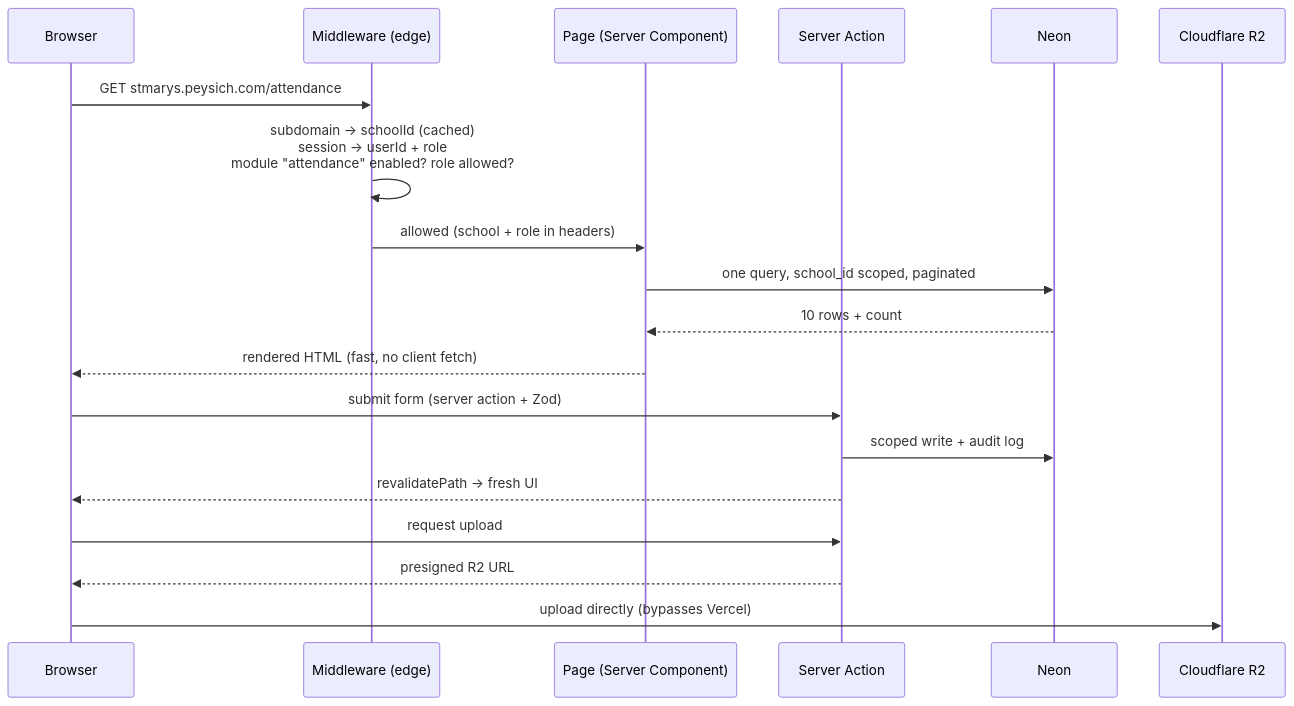
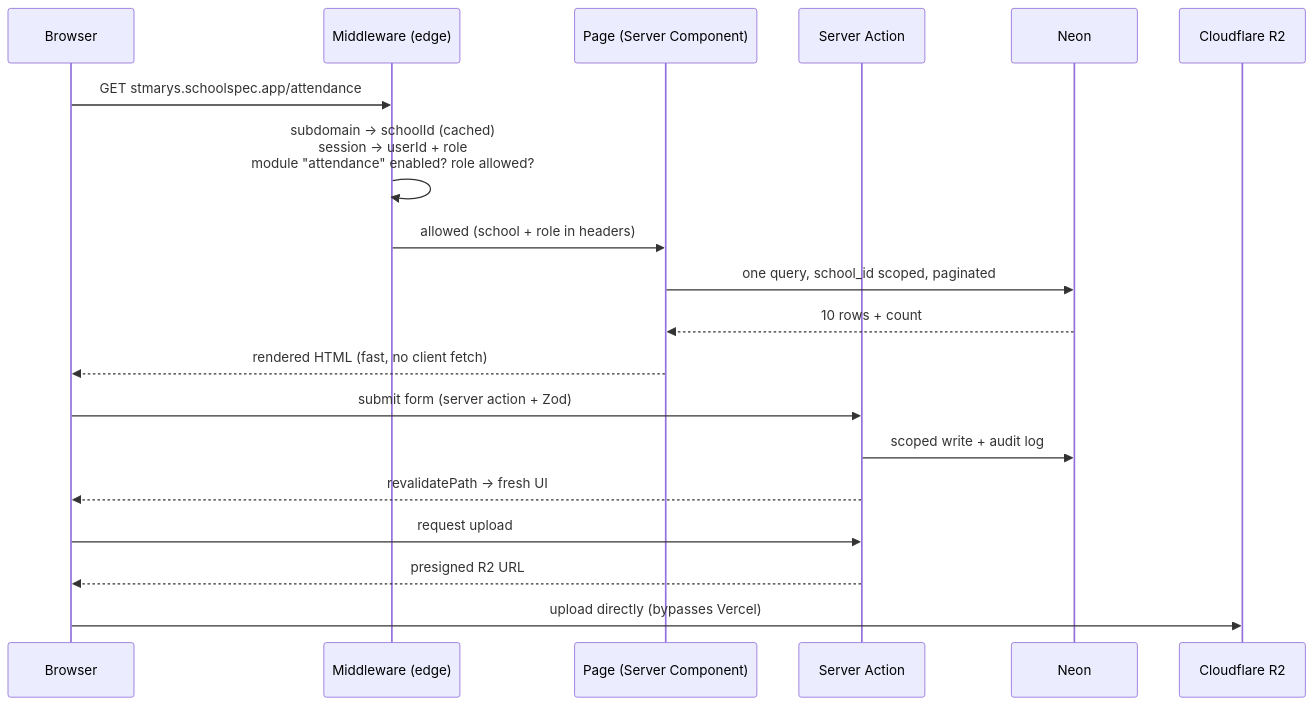
One commit to ElkanHub/Peysich changed the diagram in docs/01-architecture.md. Above: the diagram before and after it, drawn with Mermaid. The commit also changed other lines of this file and 140 other files, not shown here.

````diff
--- a/docs/01-architecture.md
+++ b/docs/01-architecture.md
@@ -25,24 +25,24 @@
 ```mermaid
 sequenceDiagram
     participant B as Browser
     participant MW as Middleware (edge)
     participant P as Page (Server Component)
     participant A as Server Action
     participant DB as Neon
     participant R2 as Cloudflare R2
 
-    B->>MW: GET stmarys.peysich.com/attendance
+    B->>MW: GET stmarys.schoolspec.app/attendance
     MW->>MW: subdomain → schoolId (cached)<br/>session → userId + role<br/>module "attendance" enabled? role allowed?
     MW->>P: allowed (school + role in headers)
     P->>DB: one query, school_id scoped, paginated
     DB-->>P: 10 rows + count
     P-->>B: rendered HTML (fast, no client fetch)
 
     B->>A: submit form (server action + Zod)
     A->>DB: scoped write + audit log
     A-->>B: revalidatePath → fresh UI
 
     B->>A: request upload
     A-->>B: presigned R2 URL
     B->>R2: upload directly (bypasses Vercel)
 ```
````
